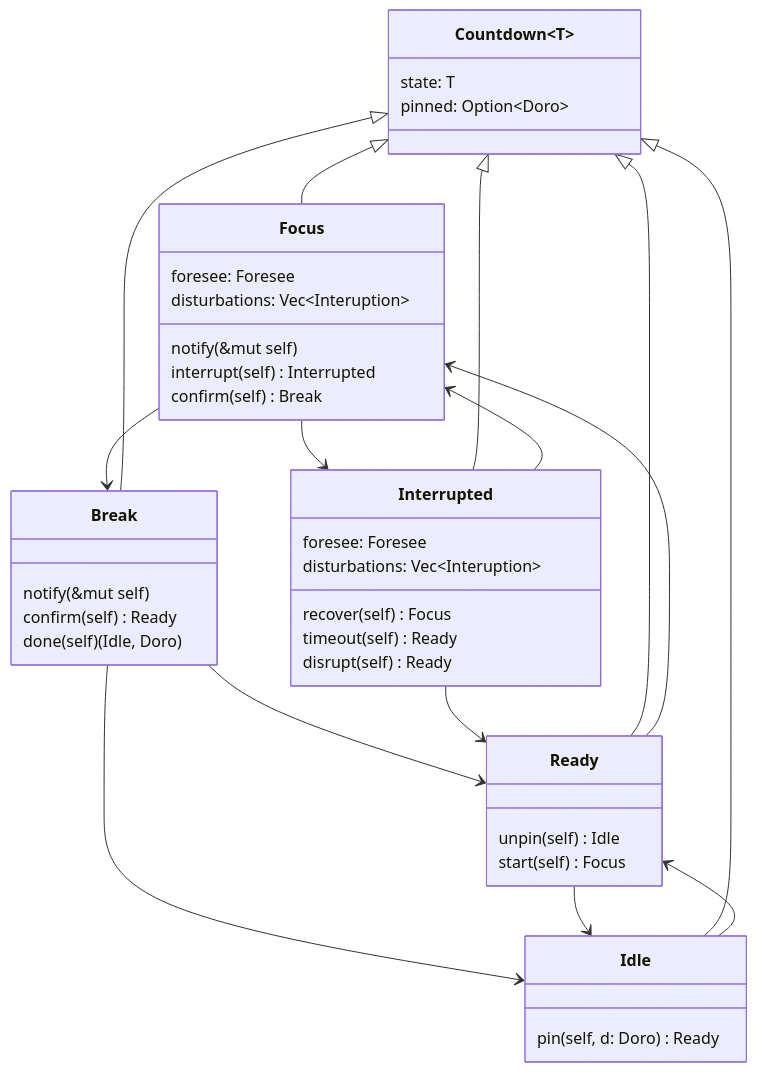
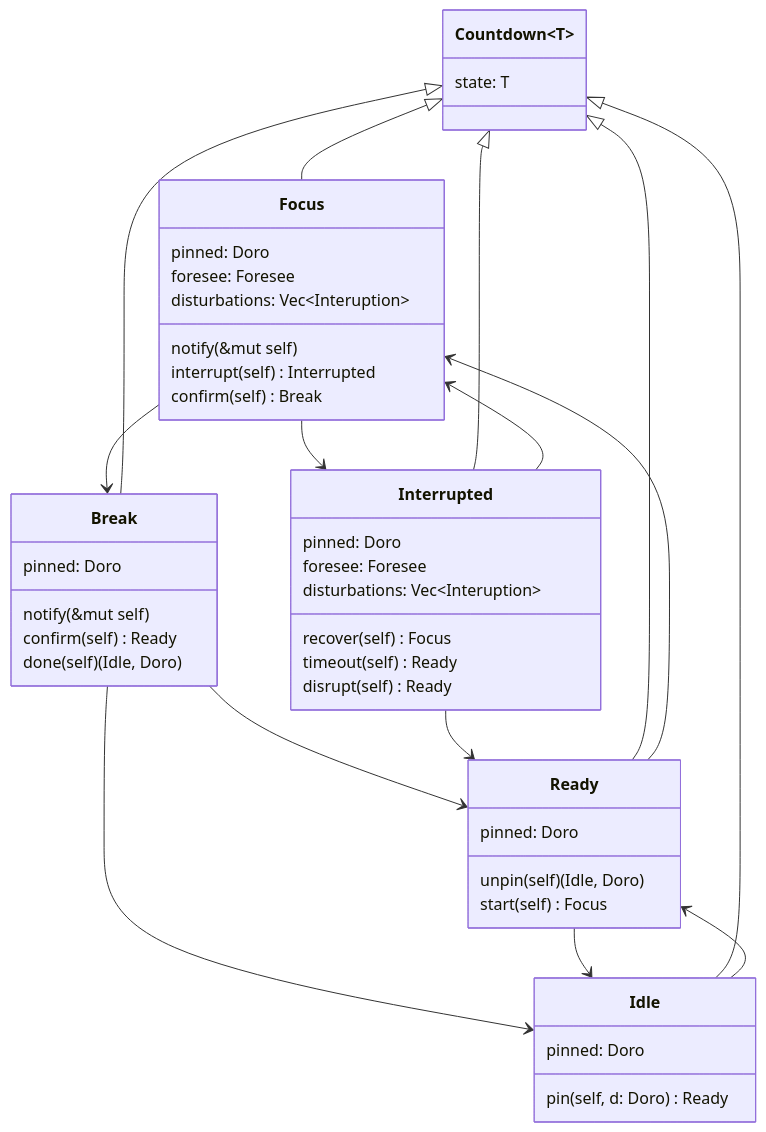
The second of 2 diagrams in src/pomo_doro/countdown.md (huangjj27/huangjj27.github.io), drawn with Mermaid before and after one commit.

Commit message:
sprint-0.0.3(countdown): 调整字段结构

````diff
--- a/src/pomo_doro/countdown.md
+++ b/src/pomo_doro/countdown.md
@@ -32,53 +32,57 @@
 ```mermaid
 classDiagram
     Focus --> Interrupted
     Focus --> Break
     Break --> Ready
     Break --> Idle
     Interrupted --> Focus
     Interrupted --> Ready
     Idle --> Ready
     Ready --> Idle
     Ready --> Focus
     Countdown~T~ <|-- Idle
     Countdown~T~ <|-- Ready
     Countdown~T~ <|-- Focus
     Countdown~T~ <|-- Interrupted
     Countdown~T~ <|-- Break
 
     class Countdown~T~ {
         state: T
-        pinned: Option~Doro~
     }
 
     class Idle {
+        pinned: Doro
         pin(self, d: Doro) Ready
     }
 
     class Ready {
-        unpin(self) Idle
+        pinned: Doro
+        unpin(self) (Idle, Doro)
         start(self) Focus
     }
 
     class Focus {
+        pinned: Doro
         foresee: Foresee
         disturbations: Vec~Interuption~
         notify(&mut self)
         interrupt(self) Interrupted
         confirm(self) Break
     }
 
     class Break {
+        pinned: Doro
         notify(&mut self)
         confirm(self) Ready
         done(self) (Idle, Doro)
     }
 
     class Interrupted {
+        pinned: Doro
         foresee: Foresee
         disturbations: Vec~Interuption~
         recover(self) Focus
         timeout(self) Ready
         disrupt(self) Ready
     }
 ```
````
